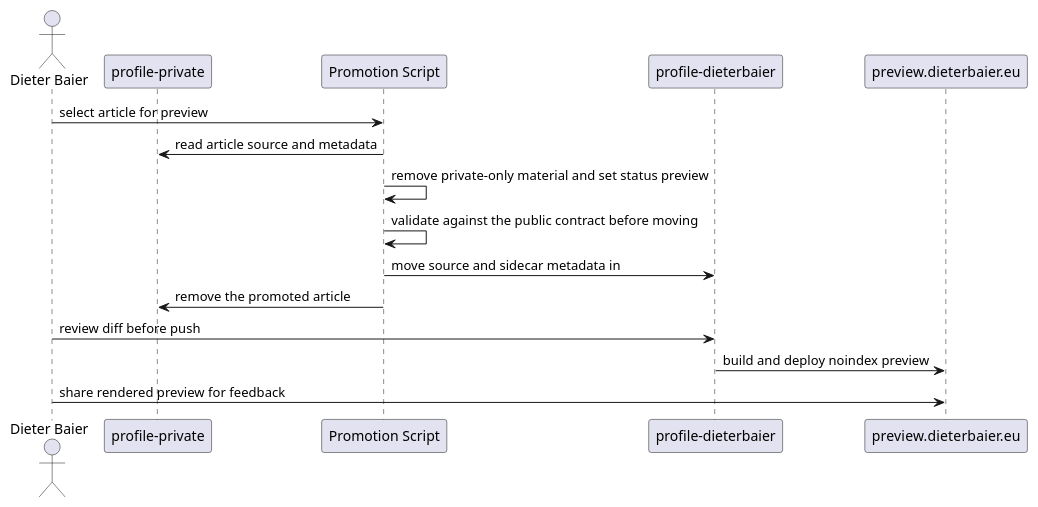
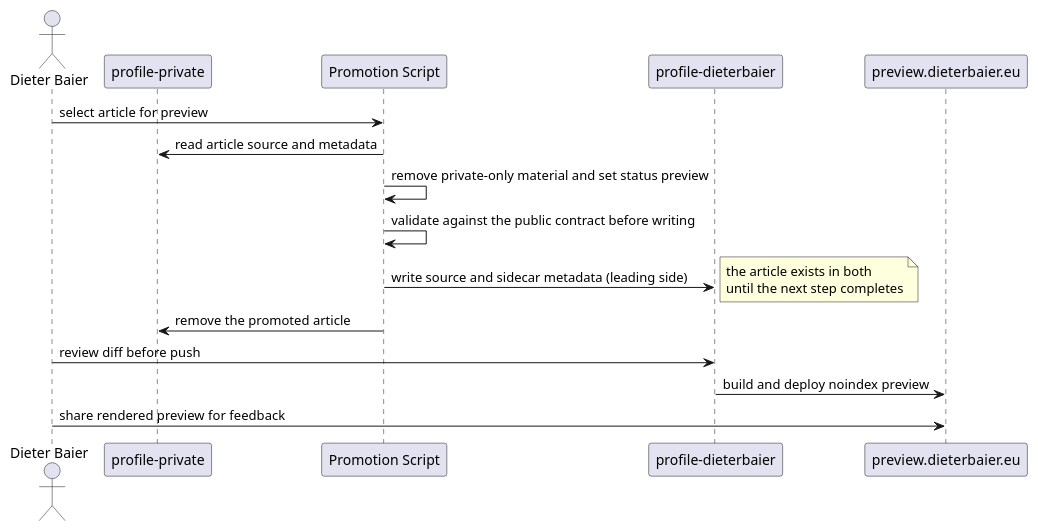
The second of 5 diagrams in src-content/docs/arc42/09-architecture-decisions/adr-008-private-to-public-article-lifecycle.adoc (dieterbaier/profile), drawn with PlantUML before and after one commit. The commit also changed 1 other file, not shown here.

First paragraph of the commit message:
issue_80: Describe promotion as a saga, not an atomic move
Review found two claims stronger than the technique behind them.

```diff
--- a/src-content/docs/arc42/09-architecture-decisions/adr-008-private-to-public-article-lifecycle.adoc
+++ b/src-content/docs/arc42/09-architecture-decisions/adr-008-private-to-public-article-lifecycle.adoc
@@ -95,20 +95,21 @@
 [plantuml]
 ----
 @startuml
 actor "Dieter Baier" as Author
 participant "profile-private" as PrivateRepo
 participant "Promotion Script" as Promote
 participant "profile-dieterbaier" as PublicRepo
 participant "preview.dieterbaier.eu" as PreviewSite
 
 Author -> Promote : select article for preview
 Promote -> PrivateRepo : read article source and metadata
 Promote -> Promote : remove private-only material and set status preview
-Promote -> Promote : validate against the public contract before moving
-Promote -> PublicRepo : move source and sidecar metadata in
+Promote -> Promote : validate against the public contract before writing
+Promote -> PublicRepo : write source and sidecar metadata (leading side)
+note right: the article exists in both\nuntil the next step completes
 Promote -> PrivateRepo : remove the promoted article
 Author -> PublicRepo : review diff before push
 PublicRepo -> PreviewSite : build and deploy noindex preview
 Author -> PreviewSite : share rendered preview for feedback
 @enduml
 ----
```
